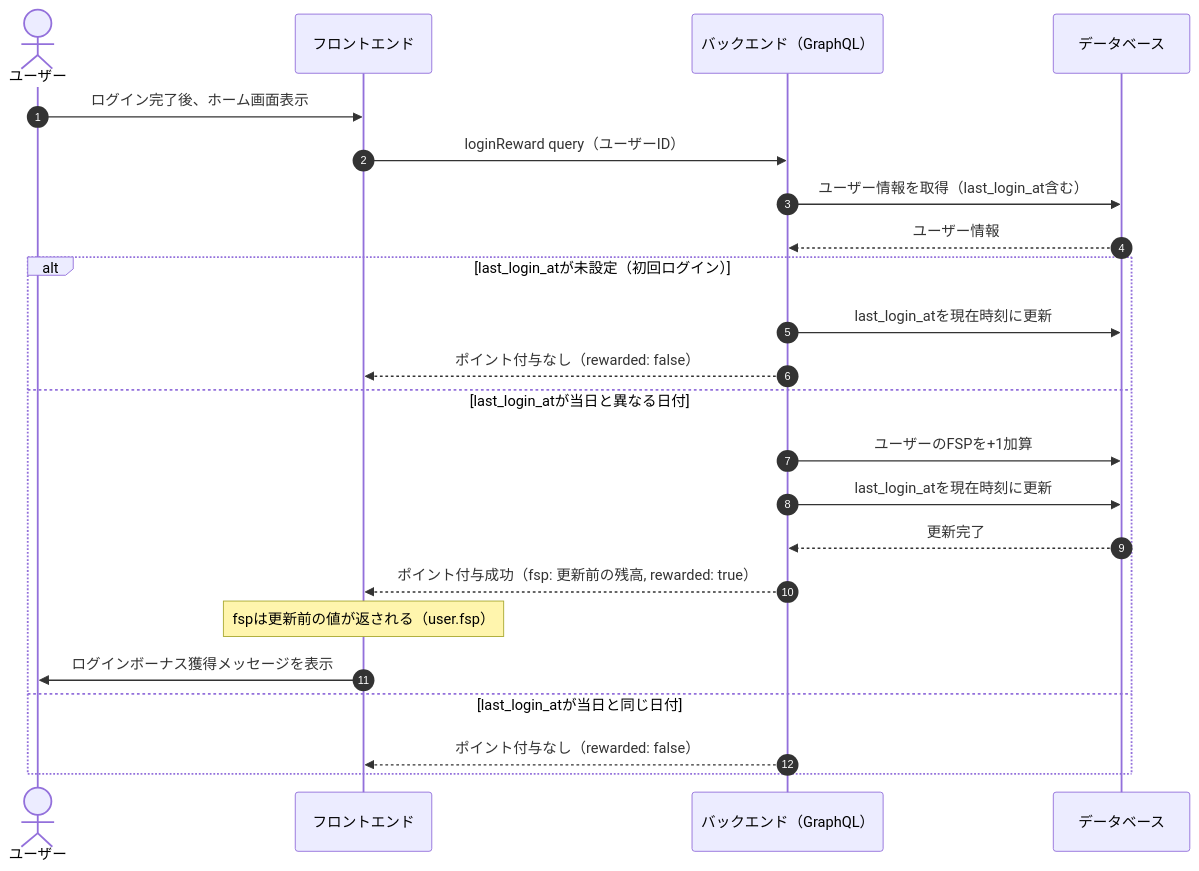
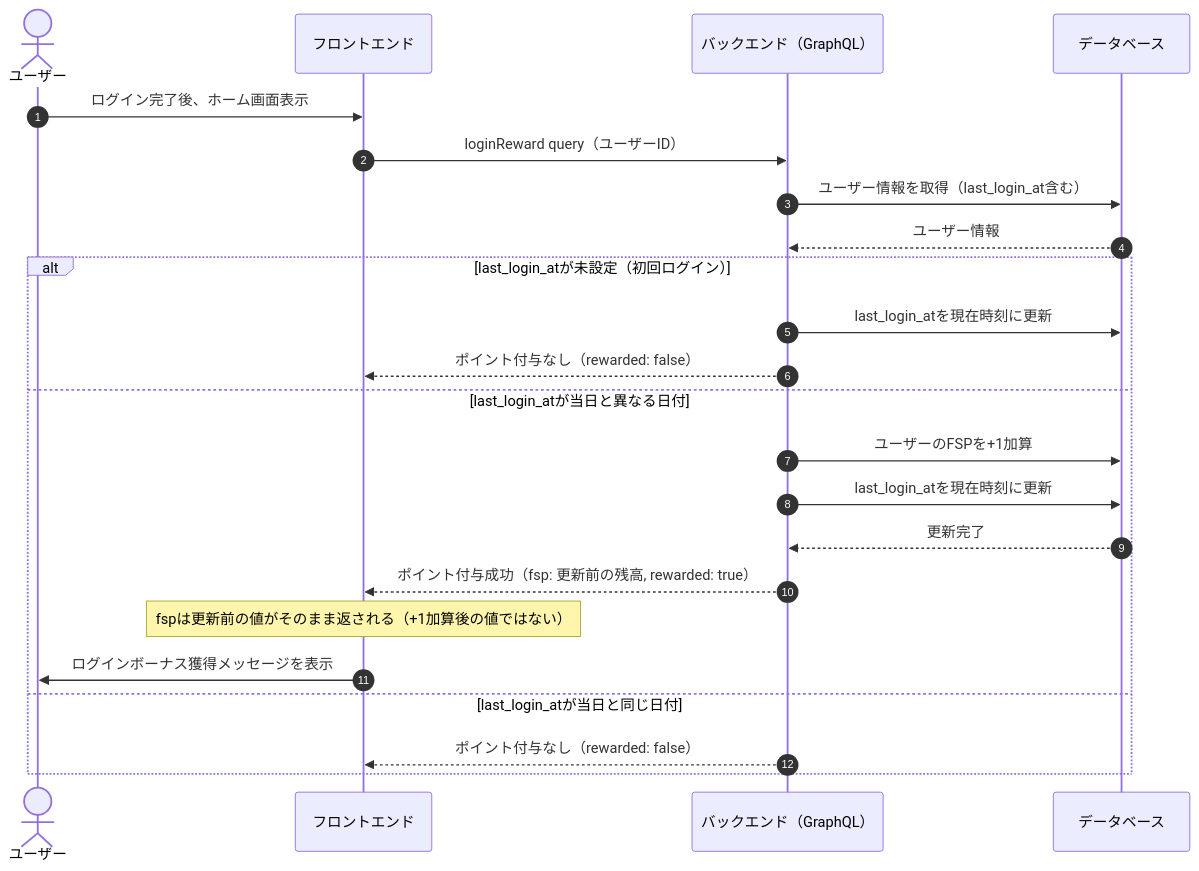
Before and after one commit to sc-hosokawa/frienda: the sixth of 13 diagrams in docs/sequence-diagrams.md, drawn with Mermaid.

Commit message:
docs: ログインボーナスの戻り値Noteをより明確に修正
「更新前の値が返される」→「更新前の値がそのまま返される（+1加算後の値ではない）」

````diff
--- a/docs/sequence-diagrams.md
+++ b/docs/sequence-diagrams.md
@@ -279,29 +279,29 @@
 ```mermaid
 sequenceDiagram
     autonumber
 
     actor ユーザー
     participant フロントエンド
     participant バックエンド as バックエンド（GraphQL）
     participant データベース
 
     ユーザー->>フロントエンド: ログイン完了後、ホーム画面表示
     フロントエンド->>バックエンド: loginReward query（ユーザーID）
 
     バックエンド->>データベース: ユーザー情報を取得（last_login_at含む）
     データベース-->>バックエンド: ユーザー情報
 
     alt last_login_atが未設定（初回ログイン）
         バックエンド->>データベース: last_login_atを現在時刻に更新
         バックエンド-->>フロントエンド: ポイント付与なし（rewarded: false）
     else last_login_atが当日と異なる日付
         バックエンド->>データベース: ユーザーのFSPを+1加算
         バックエンド->>データベース: last_login_atを現在時刻に更新
         データベース-->>バックエンド: 更新完了
         バックエンド-->>フロントエンド: ポイント付与成功（fsp: 更新前の残高, rewarded: true）
-        Note over フロントエンド: fspは更新前の値が返される（user.fsp）
+        Note over フロントエンド: fspは更新前の値がそのまま返される（+1加算後の値ではない）
         フロントエンド->>ユーザー: ログインボーナス獲得メッセージを表示
     else last_login_atが当日と同じ日付
         バックエンド-->>フロントエンド: ポイント付与なし（rewarded: false）
     end
 ```
````
